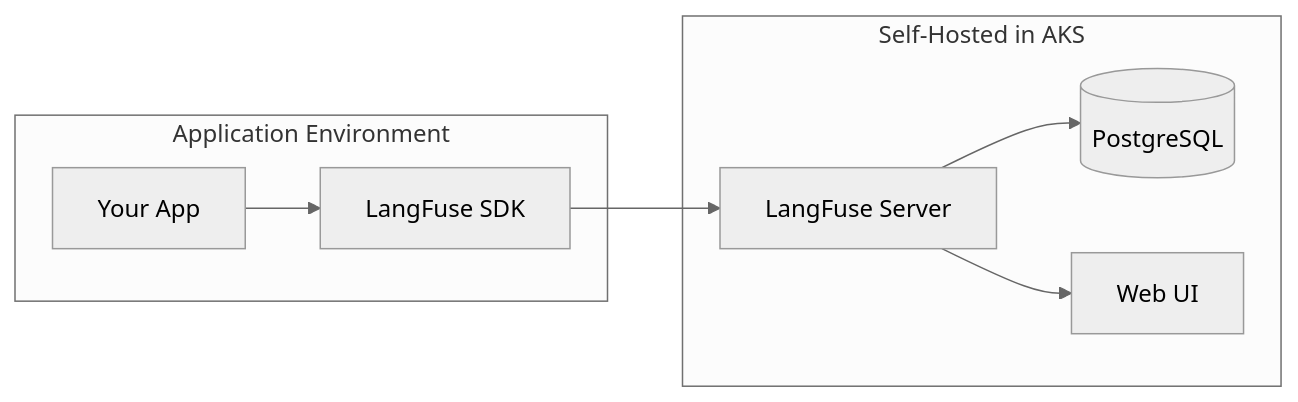
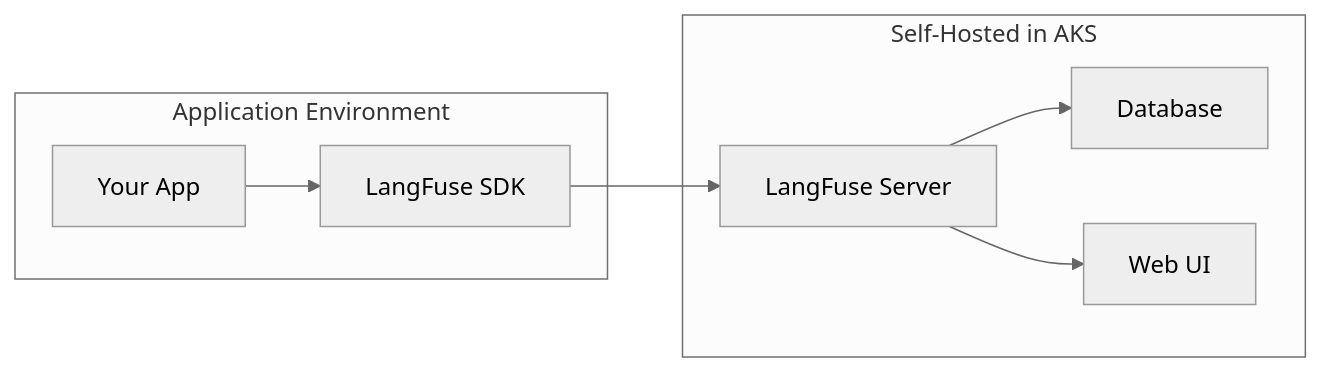
One commit to JusticeAIUnit/langfuse-tracing-selfhost changed the diagram in overview.qmd. Above: the diagram before and after it, drawn with Mermaid (neutral theme). The commit also changed other lines of this file and 5 other files, not shown here.

````diff
--- a/overview.qmd
+++ b/overview.qmd
@@ -70,16 +80,16 @@
 ```{mermaid}
 graph LR
     subgraph DE ["Application Environment"]
         A[Your App] --> B[LangFuse SDK]
     end
     
     subgraph SH ["Self-Hosted in AKS"]
         C[LangFuse Server]
-        D[(PostgreSQL)]
+        D[Database]
         E[Web UI]
         C --> D
         C --> E
     end
     
     B --> C
 ```
````
